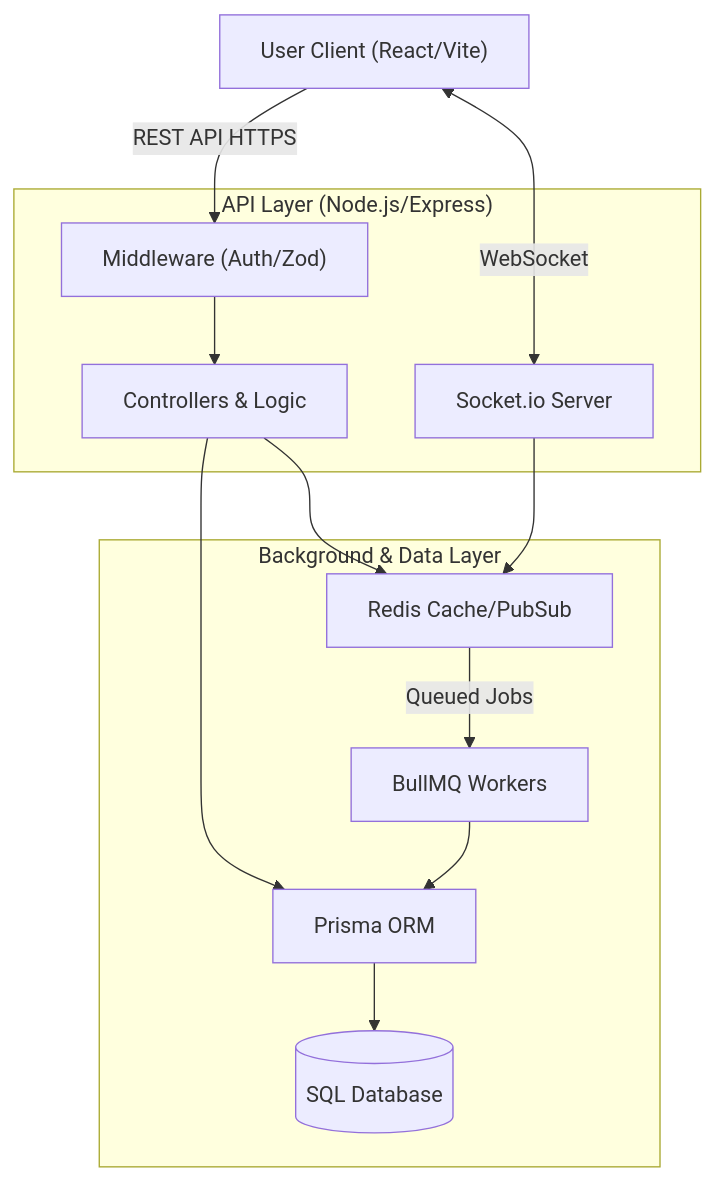
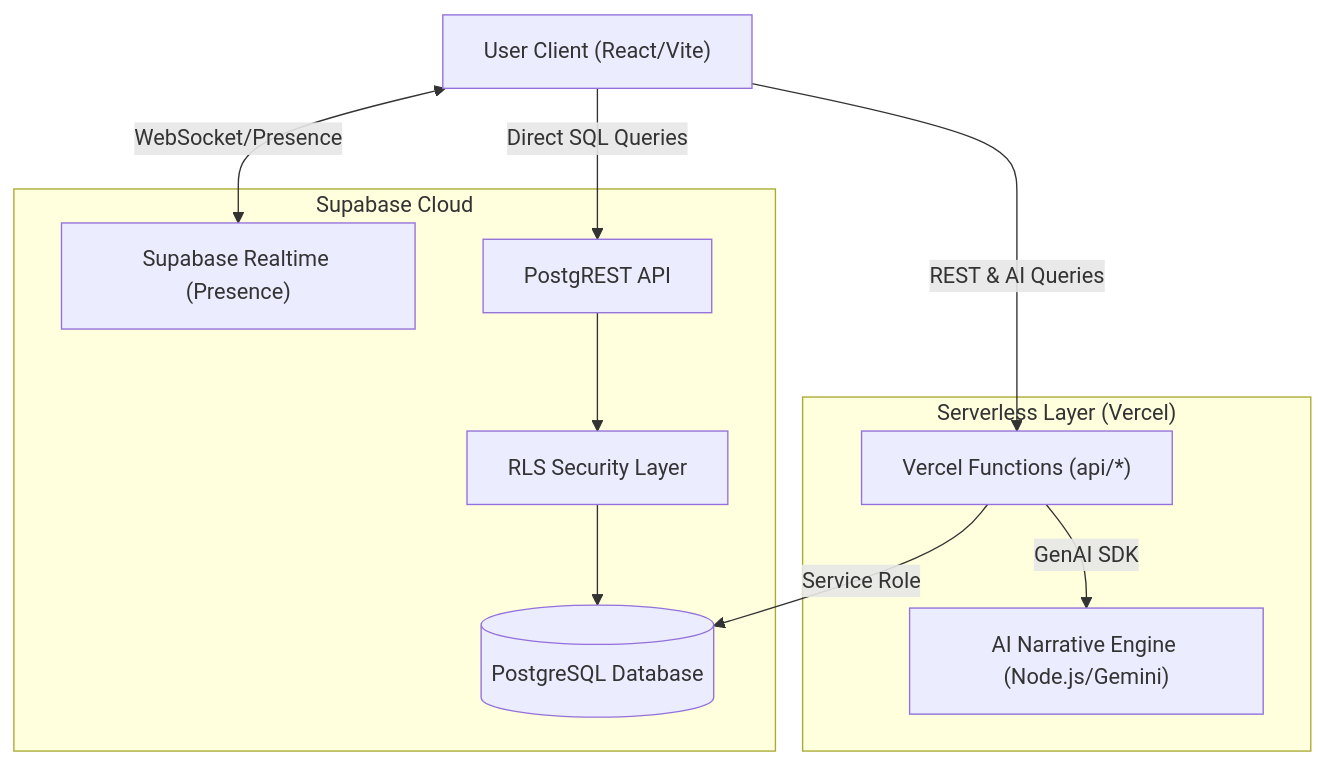
Before and after one commit to Atharva-Mendhulkar/floework: the first of 3 diagrams in Project_Documentation.md, drawn with Mermaid. The commit also changed other lines of this file and 2 other files, not shown here.

````diff
--- a/Project_Documentation.md
+++ b/Project_Documentation.md
@@ -31,25 +31,22 @@
 ```mermaid
 graph TD
     Client["User Client (React/Vite)"]
-    subgraph "API Layer (Node.js/Express)"
-        Middleware["Middleware (Auth/Zod)"]
-        Controllers["Controllers & Logic"]
-        Sockets["Socket.io Server"]
+    subgraph "Serverless Layer (Vercel)"
+        AI_Engine["AI Narrative Engine (Node.js/Gemini)"]
+        API_Routes["Vercel Functions (api/*)"]
     end
-    subgraph "Background & Data Layer"
-        Redis["Redis Cache/PubSub"]
-        BullMQ["BullMQ Workers"]
-        Prisma["Prisma ORM"]
-        DB[("SQL Database")]
+    subgraph "Supabase Cloud"
+        Realtime["Supabase Realtime (Presence)"]
+        PostgREST["PostgREST API"]
+        RLS["RLS Security Layer"]
+        DB[("PostgreSQL Database")]
     end
     
-    Client -->|REST API HTTPS| Middleware
-    Client <-->|WebSocket| Sockets
-    Middleware --> Controllers
-    Controllers --> Prisma
-    Sockets --> Redis
-    Controllers --> Redis
-    Redis -->|Queued Jobs| BullMQ
-    BullMQ --> Prisma
-    Prisma --> DB
+    Client -->|REST & AI Queries| API_Routes
+    API_Routes -->|GenAI SDK| AI_Engine
+    Client <-->|WebSocket/Presence| Realtime
+    API_Routes -->|Service Role| DB
+    Client -->|Direct SQL Queries| PostgREST
+    PostgREST --> RLS
+    RLS --> DB
 ```
````
